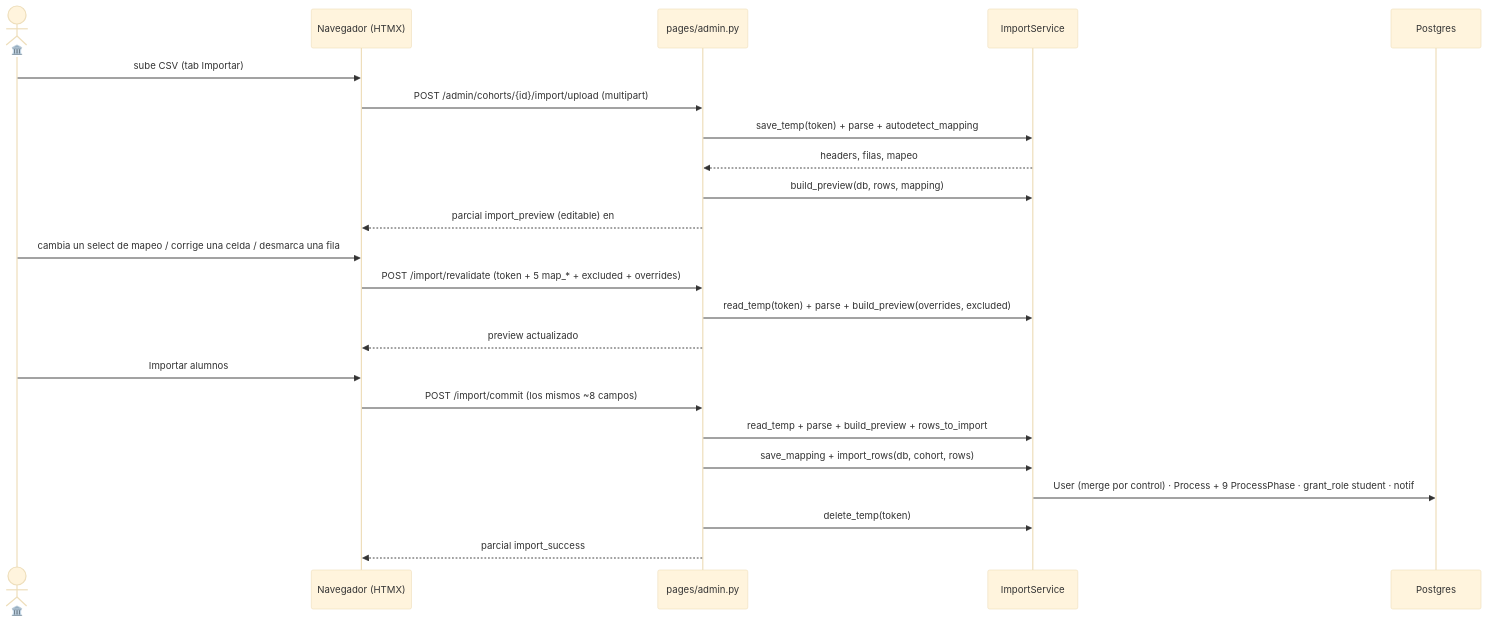
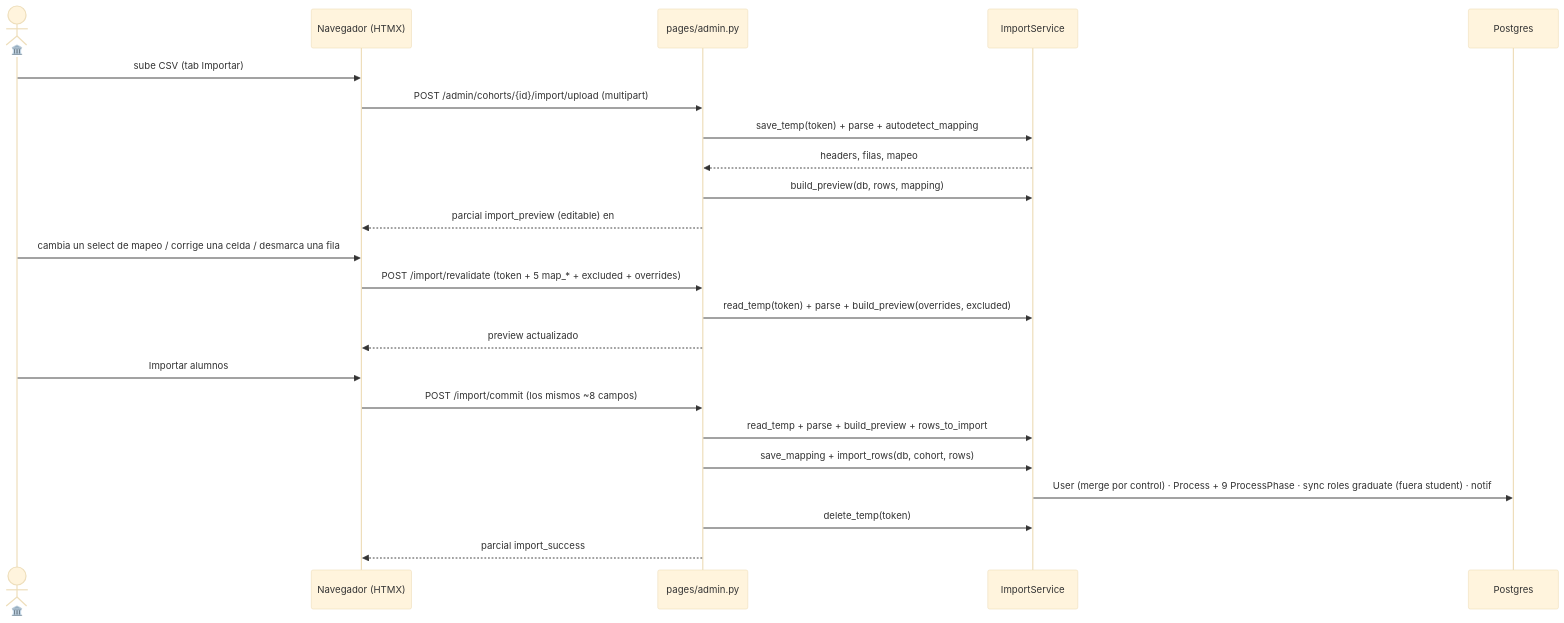
The diagram in itcj2/apps/titulatec/docs/flows/phase0_school_services_import_csv.md (Erne1357/itcj), drawn with Mermaid (base theme) before and after one commit. The commit also changed other lines of this file and 8 other files, not shown here.

````diff
--- a/itcj2/apps/titulatec/docs/flows/phase0_school_services_import_csv.md
+++ b/itcj2/apps/titulatec/docs/flows/phase0_school_services_import_csv.md
@@ -36,25 +36,25 @@
 ```mermaid
 sequenceDiagram
     actor S as 🏛️
     participant FE as Navegador (HTMX)
     participant API as pages/admin.py
     participant IS as ImportService
     participant DB as Postgres
     S->>FE: sube CSV (tab Importar)
     FE->>API: POST /admin/cohorts/{id}/import/upload (multipart)
     API->>IS: save_temp(token) + parse + autodetect_mapping
     IS-->>API: headers, filas, mapeo
     API->>IS: build_preview(db, rows, mapping)
     API-->>FE: parcial import_preview (editable) en #import-body
     S->>FE: cambia un select de mapeo / corrige una celda / desmarca una fila
     FE->>API: POST /import/revalidate (token + 5 map_* + excluded + overrides)
     API->>IS: read_temp(token) + parse + build_preview(overrides, excluded)
     API-->>FE: preview actualizado
     S->>FE: Importar alumnos
     FE->>API: POST /import/commit (los mismos ~8 campos)
     API->>IS: read_temp + parse + build_preview + rows_to_import
     API->>IS: save_mapping + import_rows(db, cohort, rows)
-    IS->>DB: User (merge por control) · Process + 9 ProcessPhase · grant_role student · notif
+    IS->>DB: User (merge por control) · Process + 9 ProcessPhase · sync roles graduate (fuera student) · notif
     API->>IS: delete_temp(token)
     API-->>FE: parcial import_success
 ```
````
